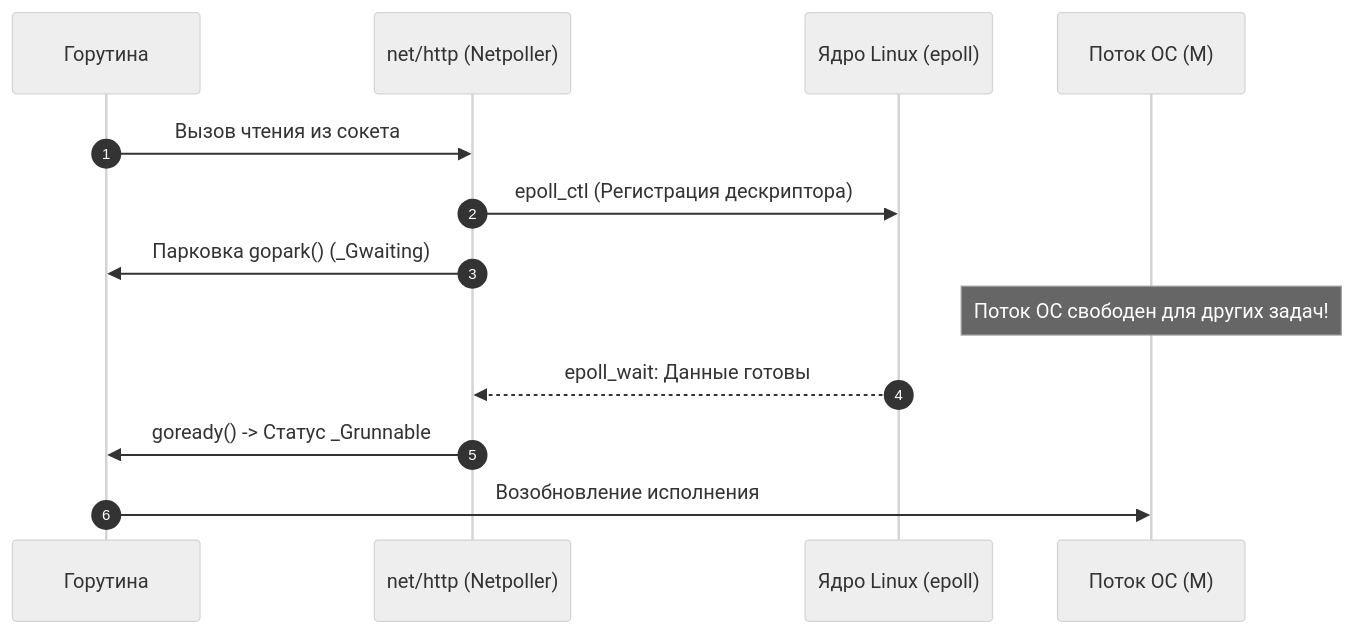
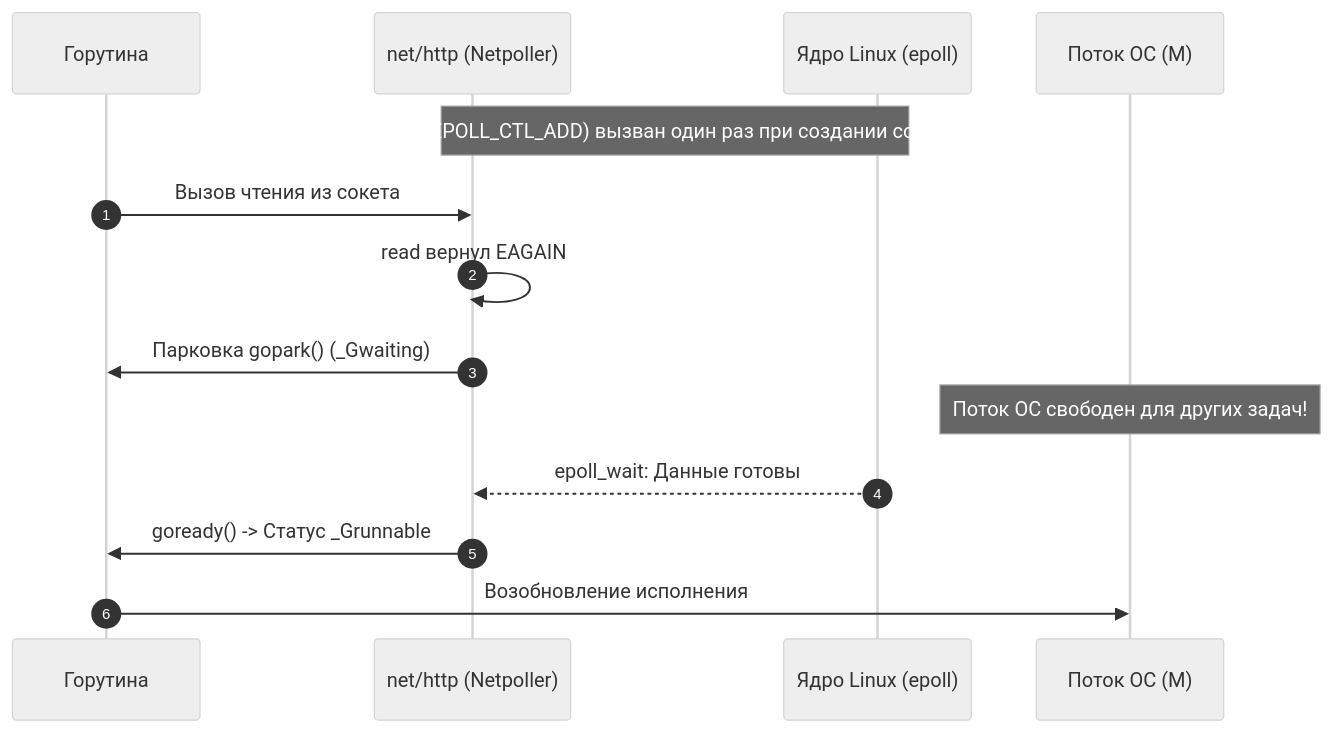
One commit to UnrealTemplier/go-textbook-ru changed the second of 2 diagrams in sources/6. Стандартная библиотека Go/1. Обзор раздела. Почему стандартной библиотеки Go часто достаточно.md. Above: the diagram before and after it, drawn with Mermaid (neutral theme). The commit also changed other lines of this file and 47 other files, not shown here.

````diff
--- a/sources/6. Стандартная библиотека Go/1. Обзор раздела. Почему стандартной библиотеки Go часто достаточно.md
+++ b/sources/6. Стандартная библиотека Go/1. Обзор раздела. Почему стандартной библиотеки Go часто достаточно.md
@@ -91,16 +91,17 @@
 ```mermaid
 sequenceDiagram
     autonumber
     participant G as Горутина
     participant Net as net/http (Netpoller)
     participant Kernel as Ядро Linux (epoll)
     participant M as Поток ОС (M)
 
+    Note over Net,Kernel: epoll_ctl (EPOLL_CTL_ADD) вызван один раз при создании соединения
     G->>Net: Вызов чтения из сокета
-    Net->>Kernel: epoll_ctl (Регистрация дескриптора)
+    Net->>Net: read вернул EAGAIN
     Net->>G: Парковка gopark() (_Gwaiting)
     Note over M: Поток ОС свободен для других задач!
     Kernel-->>Net: epoll_wait: Данные готовы
     Net->>G: goready() -> Статус _Grunnable
     G->>M: Возобновление исполнения
 ```
````
